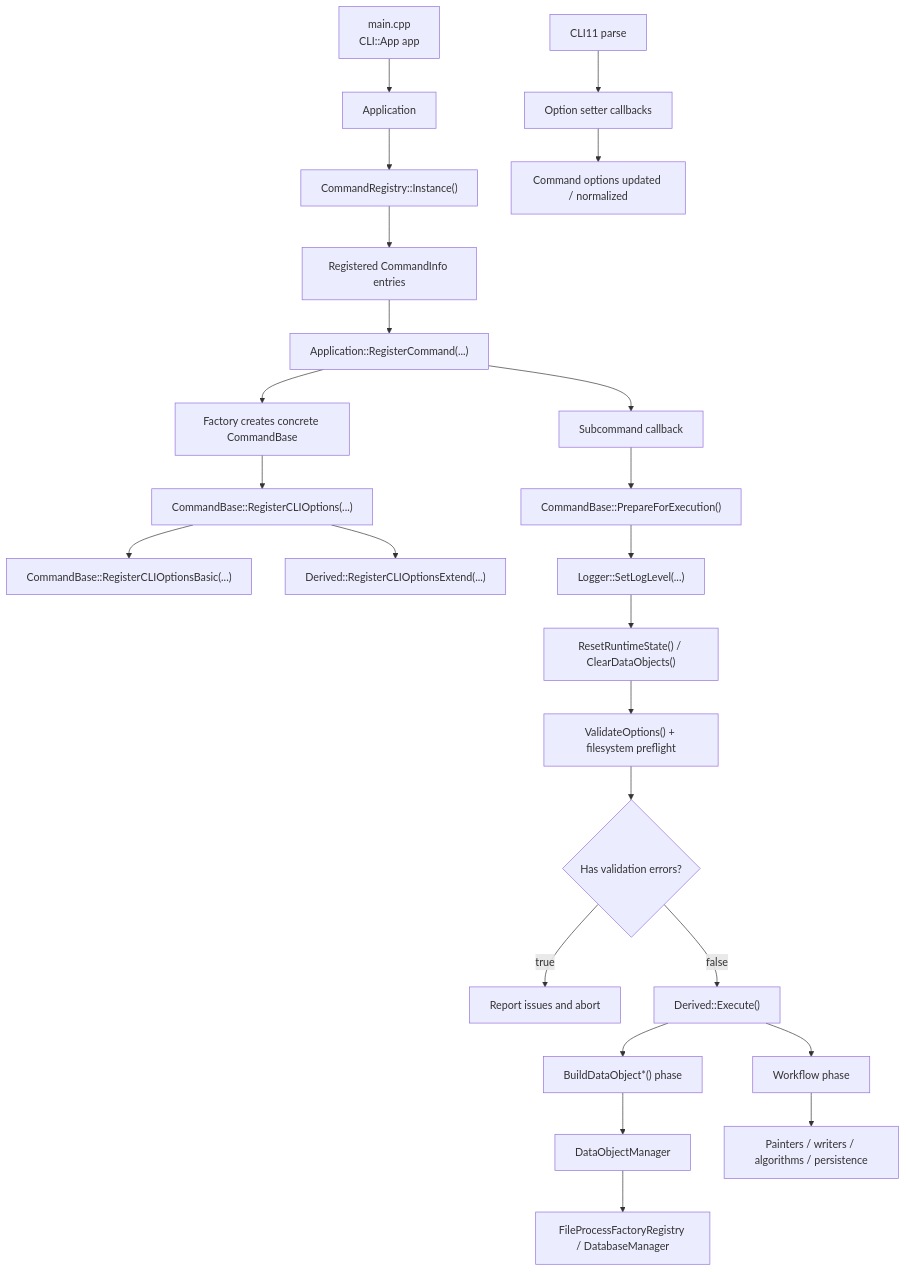
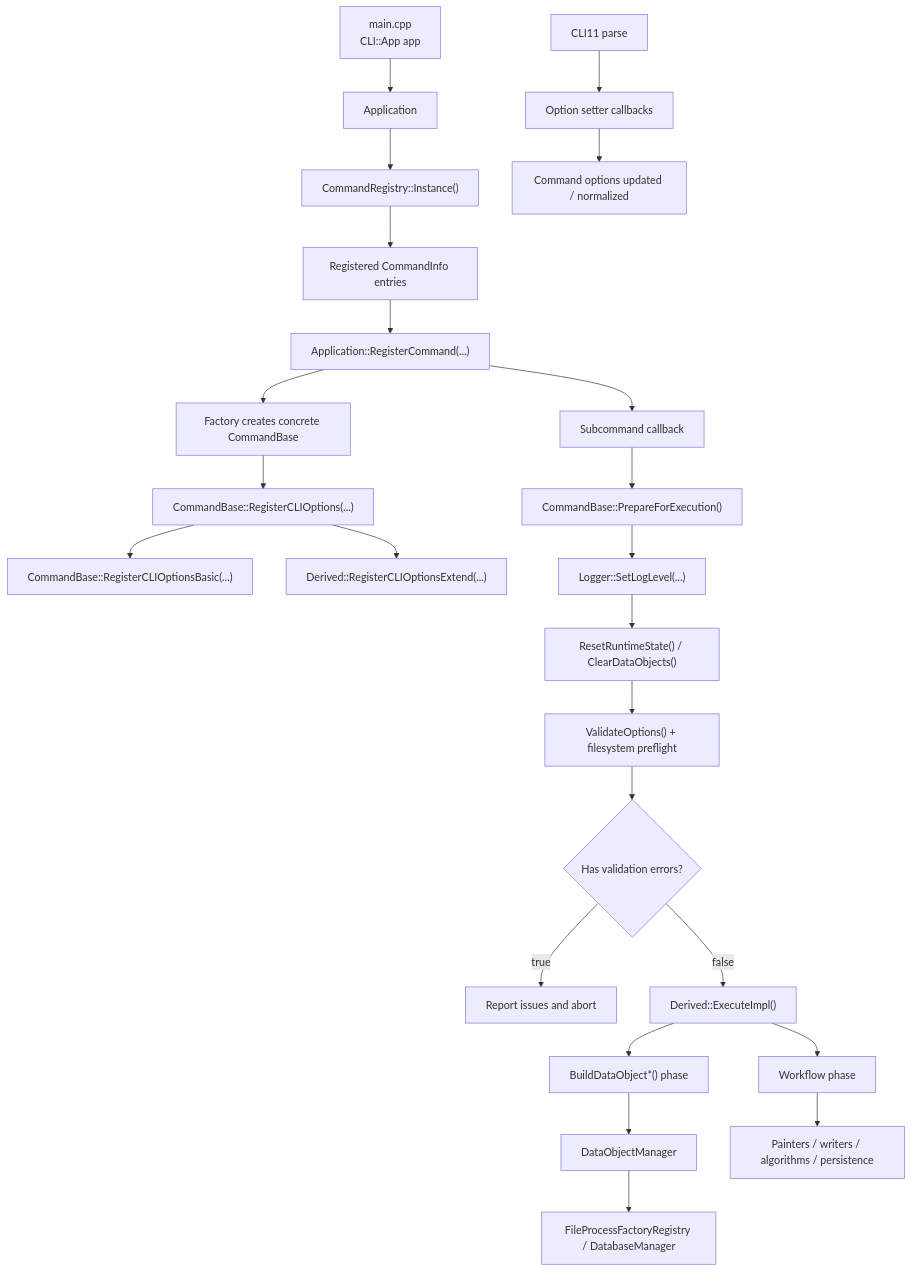
Before and after one commit to yslianTim/rhbm_gem: the first of 2 diagrams in docs/developer/architecture/command-architecture.md, drawn with Mermaid. The commit also changed other lines of this file and 33 other files, not shown here.

````diff
--- a/docs/developer/architecture/command-architecture.md
+++ b/docs/developer/architecture/command-architecture.md
@@ -20,30 +20,30 @@
 ```mermaid
 flowchart TD
     A["main.cpp<br/>CLI::App app"] --> B["Application"]
     B --> C["CommandRegistry::Instance()"]
     C --> D["Registered CommandInfo entries"]
 
     D --> E["Application::RegisterCommand(...)"]
     E --> F["Factory creates concrete CommandBase"]
     F --> G["CommandBase::RegisterCLIOptions(...)"]
     G --> H["CommandBase::RegisterCLIOptionsBasic(...)"]
     G --> I["Derived::RegisterCLIOptionsExtend(...)"]
 
     J["CLI11 parse"] --> K["Option setter callbacks"]
     K --> L["Command options updated / normalized"]
 
     E --> M["Subcommand callback"]
     M --> N["CommandBase::PrepareForExecution()"]
     N --> O["Logger::SetLogLevel(...)"]
     O --> P["ResetRuntimeState() / ClearDataObjects()"]
     P --> Q["ValidateOptions() + filesystem preflight"]
     Q --> R{"Has validation errors?"}
     R -- true --> S["Report issues and abort"]
-    R -- false --> T["Derived::Execute()"]
+    R -- false --> T["Derived::ExecuteImpl()"]
 
     T --> U["BuildDataObject*() phase"]
     U --> V["DataObjectManager"]
     V --> W["FileProcessFactoryRegistry / DatabaseManager"]
     T --> X["Workflow phase"]
     X --> Y["Painters / writers / algorithms / persistence"]
 ```
````
